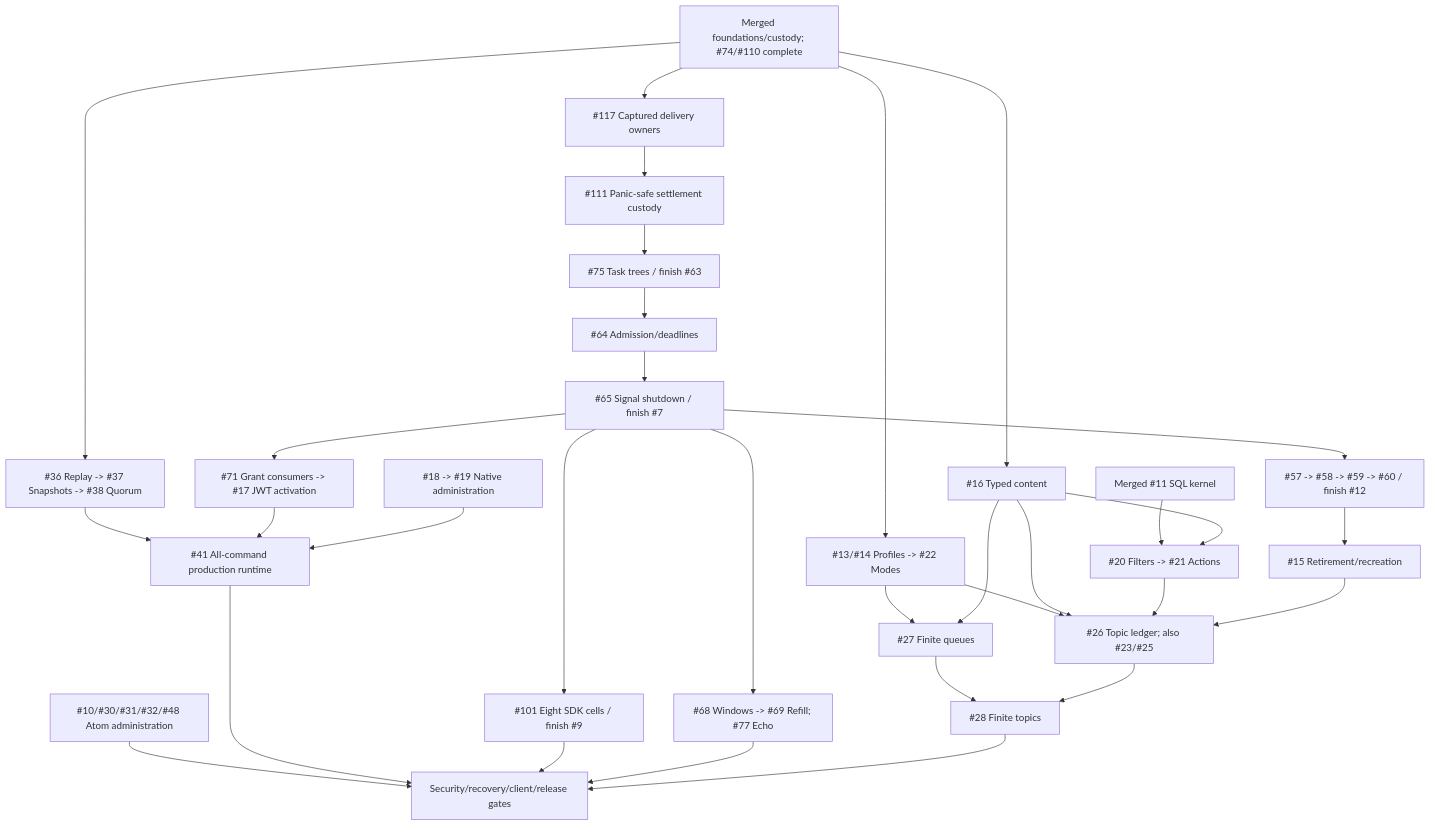
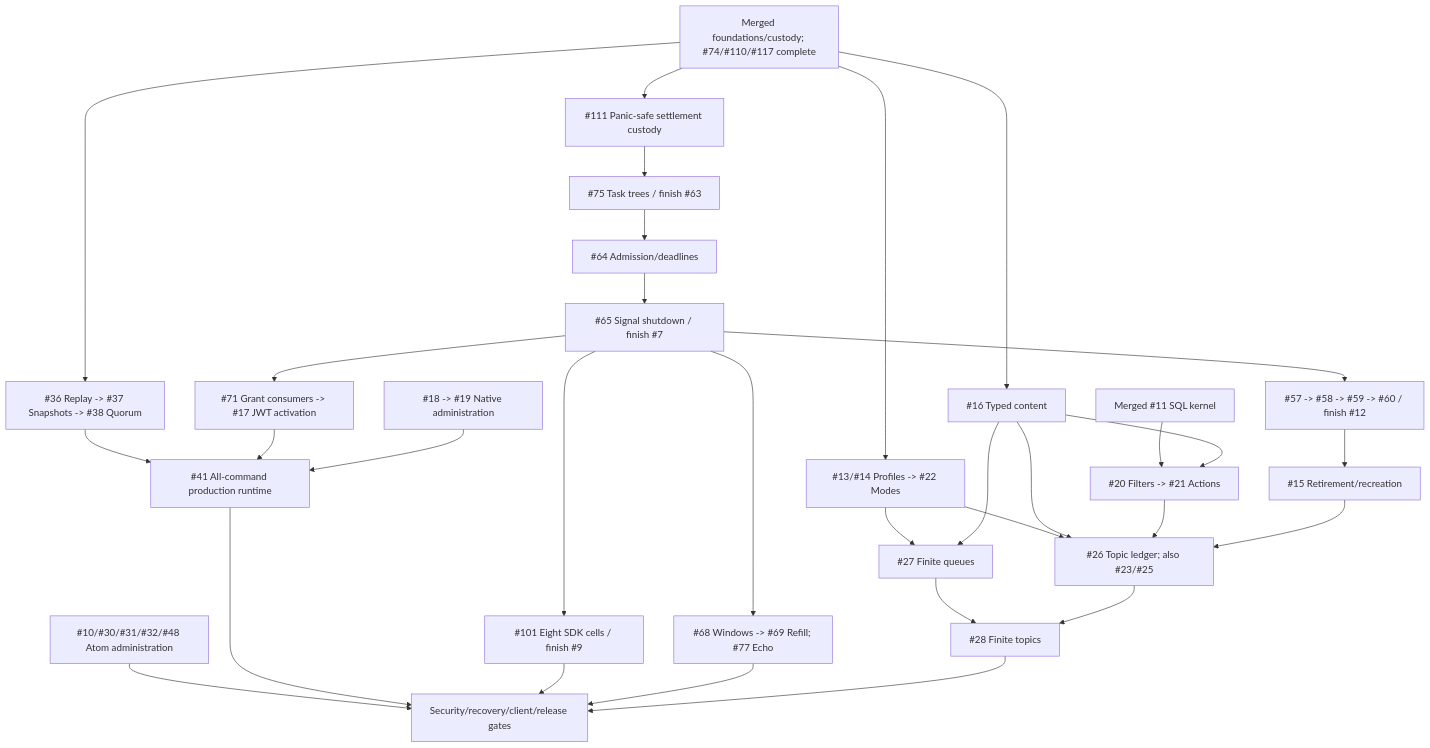
One commit to DeandreT/switchyard changed the diagram in docs/roadmap.md. Above: the diagram before and after it, drawn with Mermaid. The commit also changed other lines of this file and 10 other files, not shown here.

````diff
--- a/docs/roadmap.md
+++ b/docs/roadmap.md
@@ -71,34 +71,33 @@
 ```mermaid
 flowchart TD
-    Main["Merged foundations/custody; #74/#110 complete"] --> Delivery["#117 Captured delivery owners"]
-    Delivery --> Panic["#111 Panic-safe settlement custody"]
+    Main["Merged foundations/custody; #74/#110/#117 complete"] --> Panic["#111 Panic-safe settlement custody"]
     Panic --> Trees["#75 Task trees / finish #63"]
     Trees --> Admission["#64 Admission/deadlines"]
     Admission --> Signals["#65 Signal shutdown / finish #7"]
     Signals --> Authority["#57 -> #58 -> #59 -> #60 / finish #12"]
     Authority --> Delete["#15 Retirement/recreation"]
     Signals --> Grants["#71 Grant consumers -> #17 JWT activation"]
     Signals --> Matrix["#101 Eight SDK cells / finish #9"]
     Signals --> Windows["#68 Windows -> #69 Refill; #77 Echo"]
     Main --> Profiles["#13/#14 Profiles -> #22 Modes"]
     Main --> Content["#16 Typed content"]
     Kernel["Merged #11 SQL kernel"] --> Rules["#20 Filters -> #21 Actions"]
     Content --> Rules
     Profiles --> Queue["#27 Finite queues"]
     Content --> Queue
     Profiles --> Ledger["#26 Topic ledger; also #23/#25"]
     Content --> Ledger
     Rules --> Ledger
     Delete --> Ledger
     Queue --> Topic["#28 Finite topics"]
     Ledger --> Topic
     Main --> Log["#36 Replay -> #37 Snapshots -> #38 Quorum"]
     Log --> Runtime["#41 All-command production runtime"]
     Grants --> Runtime
     Admin["#18 -> #19 Native administration"] --> Runtime
     Atom["#10/#30/#31/#32/#48 Atom administration"] --> Gates
     Runtime --> Gates["Security/recovery/client/release gates"]
     Matrix --> Gates
     Windows --> Gates
     Topic --> Gates
 ```
````
